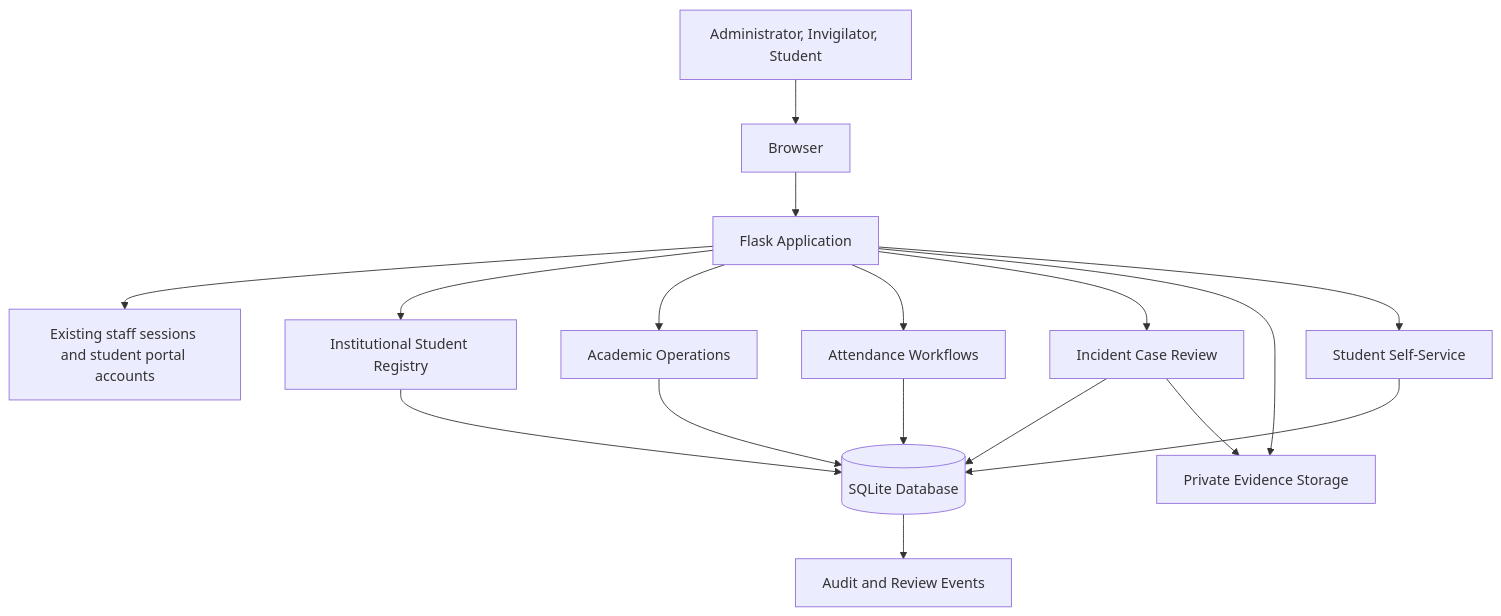
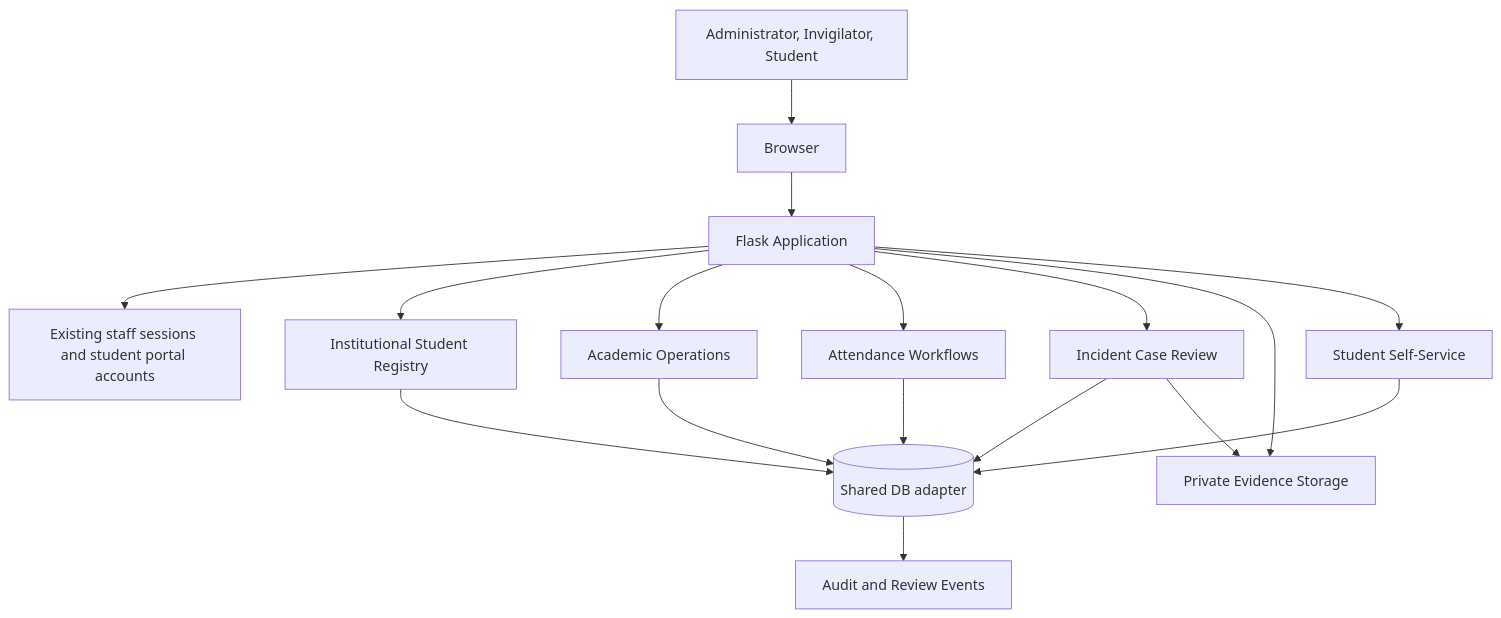
The diagram in docs/ARCHITECTURE.md (Moana-star/AI_INTEGRITY), drawn with Mermaid before and after one commit. The commit also changed other lines of this file, not shown here.

Commit message:
Update PostgreSQL runtime architecture and acceptance status

````diff
--- a/docs/ARCHITECTURE.md
+++ b/docs/ARCHITECTURE.md
@@ -7,19 +7,19 @@
 ```mermaid
 flowchart TD
     USERS[Administrator, Invigilator, Student] --> WEB[Browser]
     WEB --> APP[Flask Application]
     APP --> AUTH[Existing staff sessions and student portal accounts]
     APP --> REG[Institutional Student Registry]
     APP --> OPS[Academic Operations]
     APP --> ATT[Attendance Workflows]
     APP --> CASE[Incident Case Review]
     APP --> EVID[Private Evidence Storage]
     APP --> PORTAL[Student Self-Service]
-    REG --> DB[(SQLite Database)]
+    REG --> DB[(Shared DB adapter)]
     OPS --> DB
     ATT --> DB
     CASE --> DB
     PORTAL --> DB
     CASE --> EVID
     DB --> AUDIT[Audit and Review Events]
 ```
````
